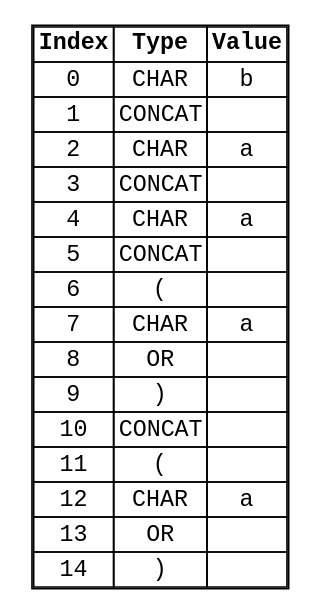
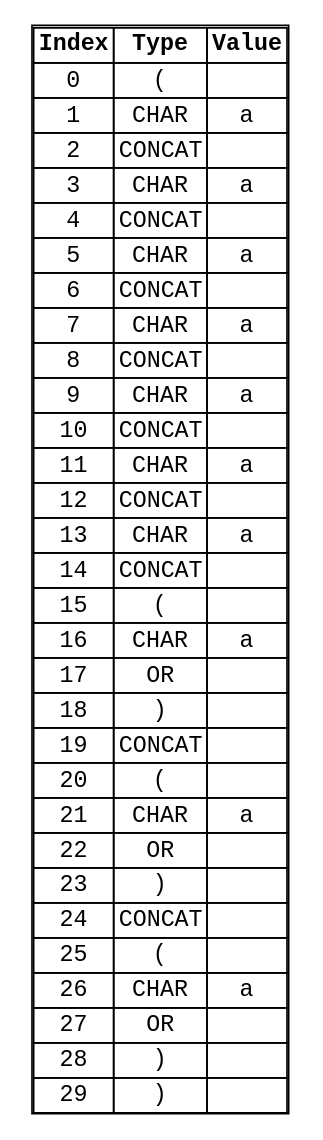
Before and after one commit to HotHeadd/automata25_mephi: the diagram in 2/visuals/tokens.dot, drawn with Graphviz. The commit also changed 7 other files, not shown here.

```diff
--- a/2/visuals/tokens.dot
+++ b/2/visuals/tokens.dot
@@ -1,23 +1,38 @@
 digraph Tokens {
   node [shape=none, fontname="monospace"];
   tokens [label=<
     <TABLE BORDER="1" CELLBORDER="1" CELLSPACING="0">
       <TR><TD><B>Index</B></TD><TD><B>Type</B></TD><TD><B>Value</B></TD></TR>
-      <TR><TD>0</TD><TD>CHAR</TD><TD>b</TD></TR>
-      <TR><TD>1</TD><TD>CONCAT</TD><TD></TD></TR>
-      <TR><TD>2</TD><TD>CHAR</TD><TD>a</TD></TR>
-      <TR><TD>3</TD><TD>CONCAT</TD><TD></TD></TR>
-      <TR><TD>4</TD><TD>CHAR</TD><TD>a</TD></TR>
-      <TR><TD>5</TD><TD>CONCAT</TD><TD></TD></TR>
-      <TR><TD>6</TD><TD>(</TD><TD></TD></TR>
+      <TR><TD>0</TD><TD>(</TD><TD></TD></TR>
+      <TR><TD>1</TD><TD>CHAR</TD><TD>a</TD></TR>
+      <TR><TD>2</TD><TD>CONCAT</TD><TD></TD></TR>
+      <TR><TD>3</TD><TD>CHAR</TD><TD>a</TD></TR>
+      <TR><TD>4</TD><TD>CONCAT</TD><TD></TD></TR>
+      <TR><TD>5</TD><TD>CHAR</TD><TD>a</TD></TR>
+      <TR><TD>6</TD><TD>CONCAT</TD><TD></TD></TR>
       <TR><TD>7</TD><TD>CHAR</TD><TD>a</TD></TR>
-      <TR><TD>8</TD><TD>OR</TD><TD></TD></TR>
-      <TR><TD>9</TD><TD>)</TD><TD></TD></TR>
+      <TR><TD>8</TD><TD>CONCAT</TD><TD></TD></TR>
+      <TR><TD>9</TD><TD>CHAR</TD><TD>a</TD></TR>
       <TR><TD>10</TD><TD>CONCAT</TD><TD></TD></TR>
-      <TR><TD>11</TD><TD>(</TD><TD></TD></TR>
-      <TR><TD>12</TD><TD>CHAR</TD><TD>a</TD></TR>
-      <TR><TD>13</TD><TD>OR</TD><TD></TD></TR>
-      <TR><TD>14</TD><TD>)</TD><TD></TD></TR>
+      <TR><TD>11</TD><TD>CHAR</TD><TD>a</TD></TR>
+      <TR><TD>12</TD><TD>CONCAT</TD><TD></TD></TR>
+      <TR><TD>13</TD><TD>CHAR</TD><TD>a</TD></TR>
+      <TR><TD>14</TD><TD>CONCAT</TD><TD></TD></TR>
+      <TR><TD>15</TD><TD>(</TD><TD></TD></TR>
+      <TR><TD>16</TD><TD>CHAR</TD><TD>a</TD></TR>
+      <TR><TD>17</TD><TD>OR</TD><TD></TD></TR>
+      <TR><TD>18</TD><TD>)</TD><TD></TD></TR>
+      <TR><TD>19</TD><TD>CONCAT</TD><TD></TD></TR>
+      <TR><TD>20</TD><TD>(</TD><TD></TD></TR>
+      <TR><TD>21</TD><TD>CHAR</TD><TD>a</TD></TR>
+      <TR><TD>22</TD><TD>OR</TD><TD></TD></TR>
+      <TR><TD>23</TD><TD>)</TD><TD></TD></TR>
+      <TR><TD>24</TD><TD>CONCAT</TD><TD></TD></TR>
+      <TR><TD>25</TD><TD>(</TD><TD></TD></TR>
+      <TR><TD>26</TD><TD>CHAR</TD><TD>a</TD></TR>
+      <TR><TD>27</TD><TD>OR</TD><TD></TD></TR>
+      <TR><TD>28</TD><TD>)</TD><TD></TD></TR>
+      <TR><TD>29</TD><TD>)</TD><TD></TD></TR>
     </TABLE>
   >];
 }
```
